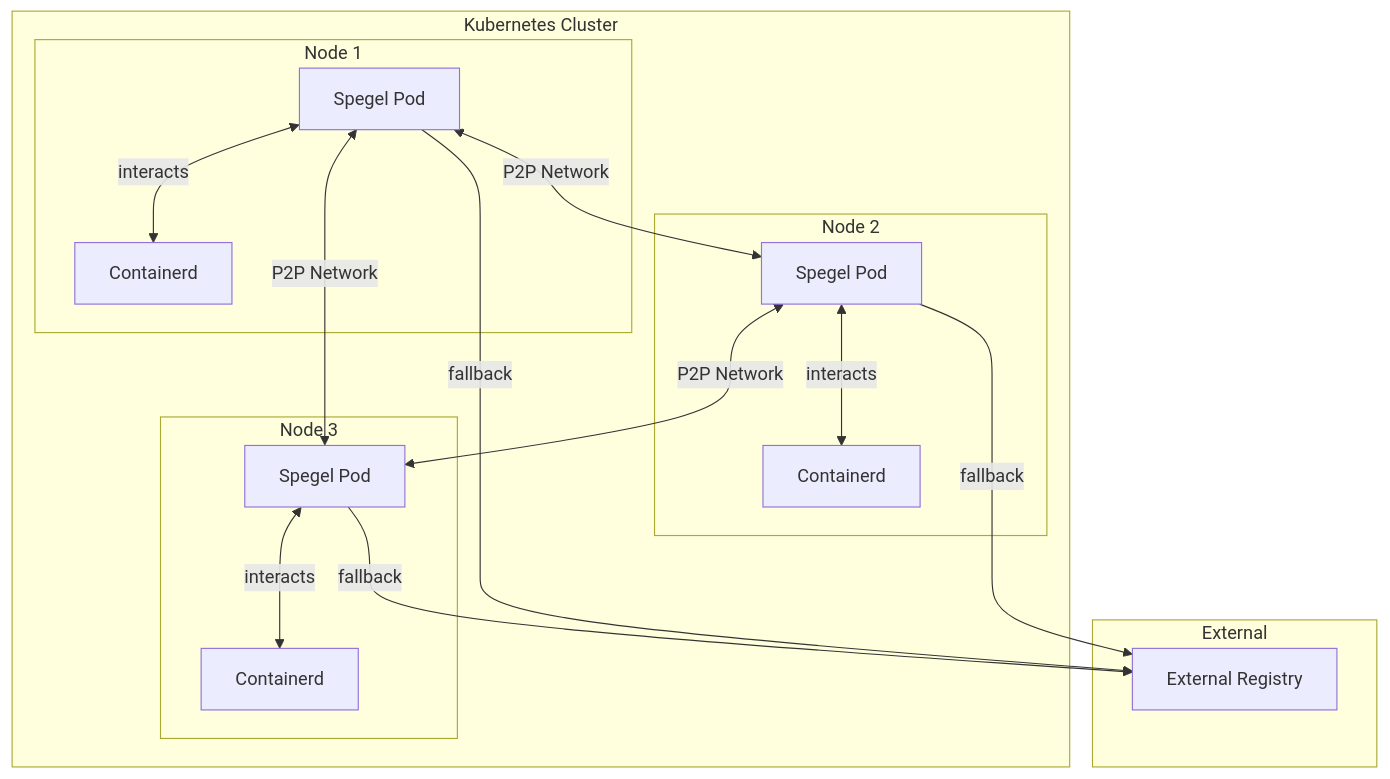
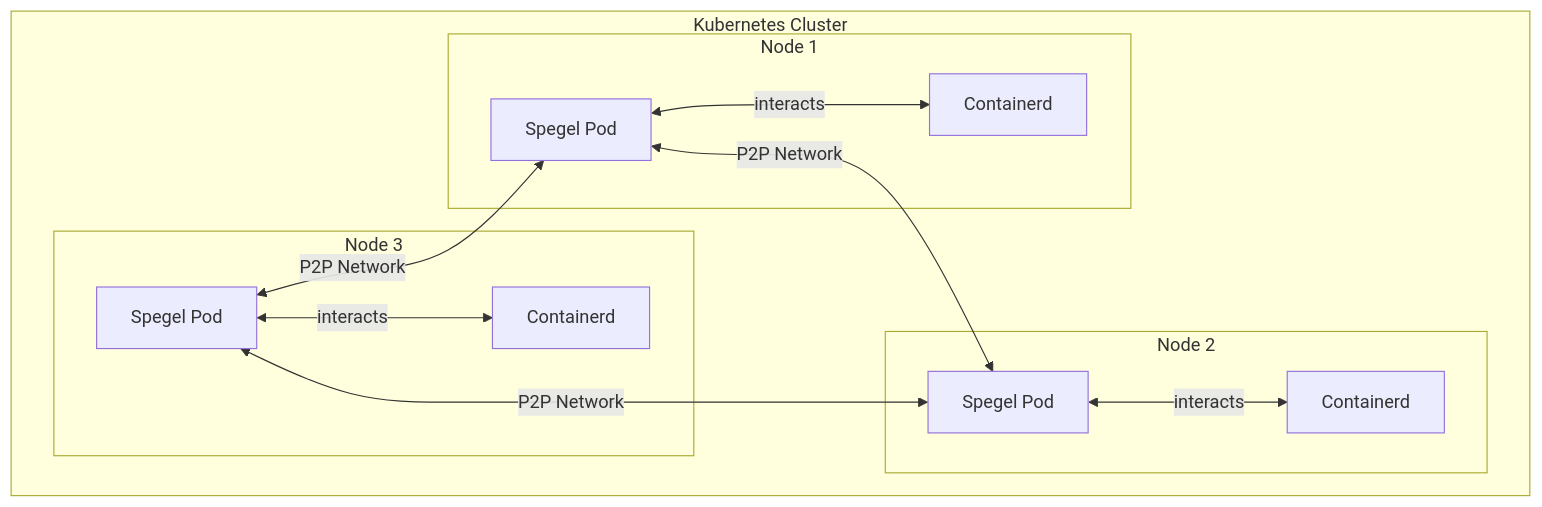
The first of 9 diagrams in docs/FLOW-DIAGRAMS.md (spegel-org/spegel), drawn with Mermaid before and after one commit.

Commit message:
updating cluster arch to remove spegel pod to external reg fallback connections

````diff
--- a/docs/FLOW-DIAGRAMS.md
+++ b/docs/FLOW-DIAGRAMS.md
@@ -9,34 +9,26 @@
 ```mermaid
 graph TB
-    subgraph "External"
-        ER["External Registry"]
-    end
-
     subgraph "Kubernetes Cluster"
         subgraph "Node 1"
             SP1["Spegel Pod"]
             CD1["Containerd"]
             SP1 <-->|interacts| CD1
         end
         
         subgraph "Node 2"
             SP2["Spegel Pod"]
             CD2["Containerd"]
             SP2 <-->|interacts| CD2
         end
         
         subgraph "Node 3"
             SP3["Spegel Pod"]
             CD3["Containerd"]
             SP3 <-->|interacts| CD3
         end
 
         SP1 <-->|P2P Network| SP2
         SP2 <-->|P2P Network| SP3
         SP3 <-->|P2P Network| SP1
     end
-
-    SP1 -->|fallback| ER
-    SP2 -->|fallback| ER
-    SP3 -->|fallback| ER
 ```
````
